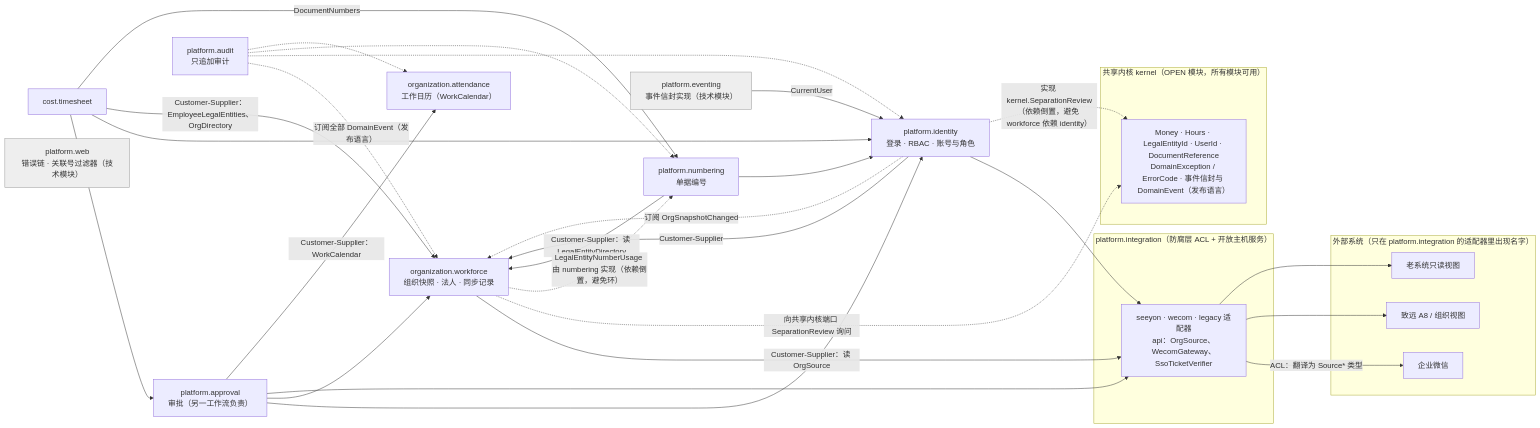
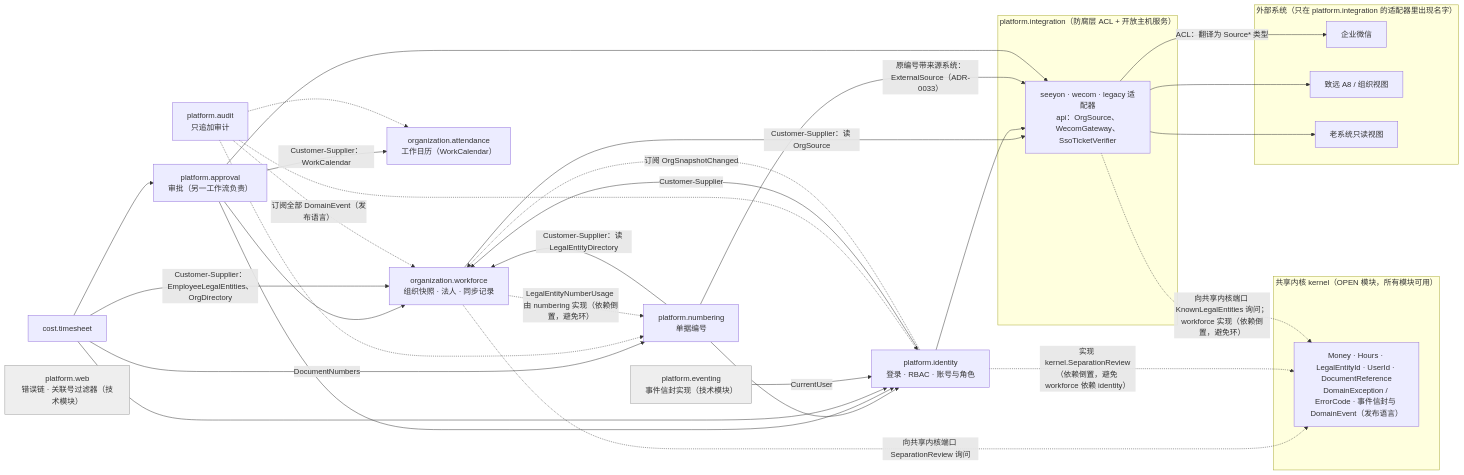
Before and after one commit to YeliangDu/forcitis-one-psa-codex-lab: the second of 6 diagrams in docs/modernization/REIMAGINED_ARCHITECTURE.md, drawn with Mermaid. The commit also changed other lines of this file and 47 other files, not shown here.

````diff
--- a/docs/modernization/REIMAGINED_ARCHITECTURE.md
+++ b/docs/modernization/REIMAGINED_ARCHITECTURE.md
@@ -101,50 +101,52 @@
 ```mermaid
 flowchart LR
   subgraph SK["共享内核 kernel（OPEN 模块，所有模块可用）"]
     K["Money · Hours · LegalEntityId · UserId · DocumentReference<br/>DomainException / ErrorCode · 事件信封与 DomainEvent（发布语言）"]
   end
   subgraph EXT["外部系统（只在 platform.integration 的适配器里出现名字）"]
     WX["企业微信"]
     SY["致远 A8 / 组织视图"]
     LG["老系统只读视图"]
   end
   subgraph INT["platform.integration（防腐层 ACL + 开放主机服务）"]
     ACL["seeyon · wecom · legacy 适配器<br/>api：OrgSource、WecomGateway、SsoTicketVerifier"]
   end
   WF["organization.workforce<br/>组织快照 · 法人 · 同步记录"]
   AT["organization.attendance<br/>工作日历（WorkCalendar）"]
   ID["platform.identity<br/>登录 · RBAC · 账号与角色"]
   AP["platform.approval<br/>审批（另一工作流负责）"]
   NM["platform.numbering<br/>单据编号"]
   AU["platform.audit<br/>只追加审计"]
   TS["cost.timesheet"]
   EV["platform.eventing<br/>事件信封实现（技术模块）"]
   WB["platform.web<br/>错误链 · 关联号过滤器（技术模块）"]
   ACL -->|"ACL：翻译为 Source* 类型"| WX
   ACL --> SY
   ACL --> LG
   WF -->|"Customer-Supplier：读 OrgSource"| ACL
   ID -->|"Customer-Supplier"| WF
   ID --> ACL
   NM -->|"Customer-Supplier：读 LegalEntityDirectory"| WF
   NM --> ID
+  NM -->|"原编号带来源系统：ExternalSource（ADR-0033）"| ACL
   AP --> ID
   AP --> WF
   AP --> ACL
   AP -->|"Customer-Supplier：WorkCalendar"| AT
   TS --> AP
   TS --> ID
   TS -->|"Customer-Supplier：EmployeeLegalEntities、OrgDirectory"| WF
   TS -->|"DocumentNumbers"| NM
   EV -->|"CurrentUser"| ID
   AU -. "订阅全部 DomainEvent（发布语言）" .-> WF
   AU -.-> ID
   AU -.-> NM
   AU -.-> AT
   ID -. "订阅 OrgSnapshotChanged" .-> WF
   WF -. "向共享内核端口 SeparationReview 询问" .-> K
   ID -. "实现 kernel.SeparationReview（依赖倒置，避免 workforce 依赖 identity）" .-> K
   WF -. "LegalEntityNumberUsage 由 numbering 实现（依赖倒置，避免环）" .-> NM
+  ACL -. "向共享内核端口 KnownLegalEntities 询问；workforce 实现（依赖倒置，避免环）" .-> K
   classDef tech fill:#eee,stroke:#999
   class EV,WB tech
 ```
````
